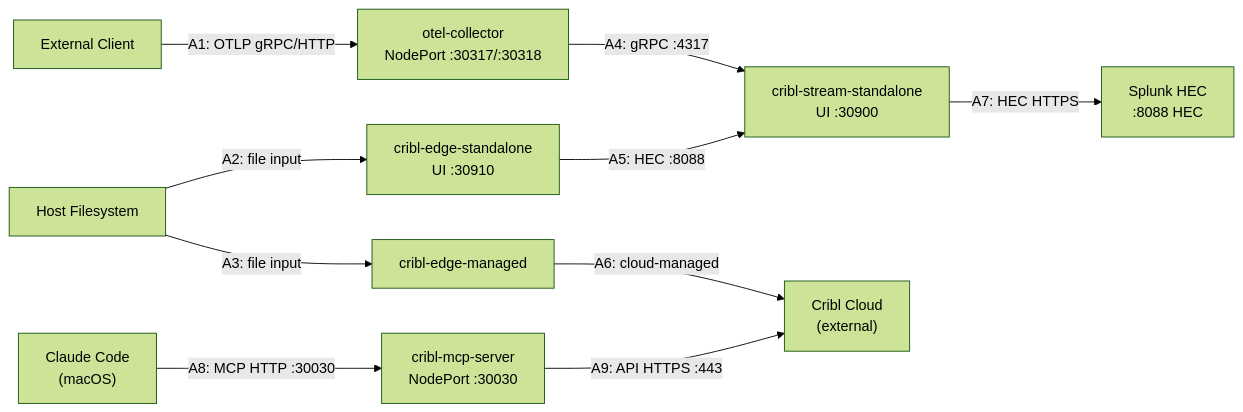
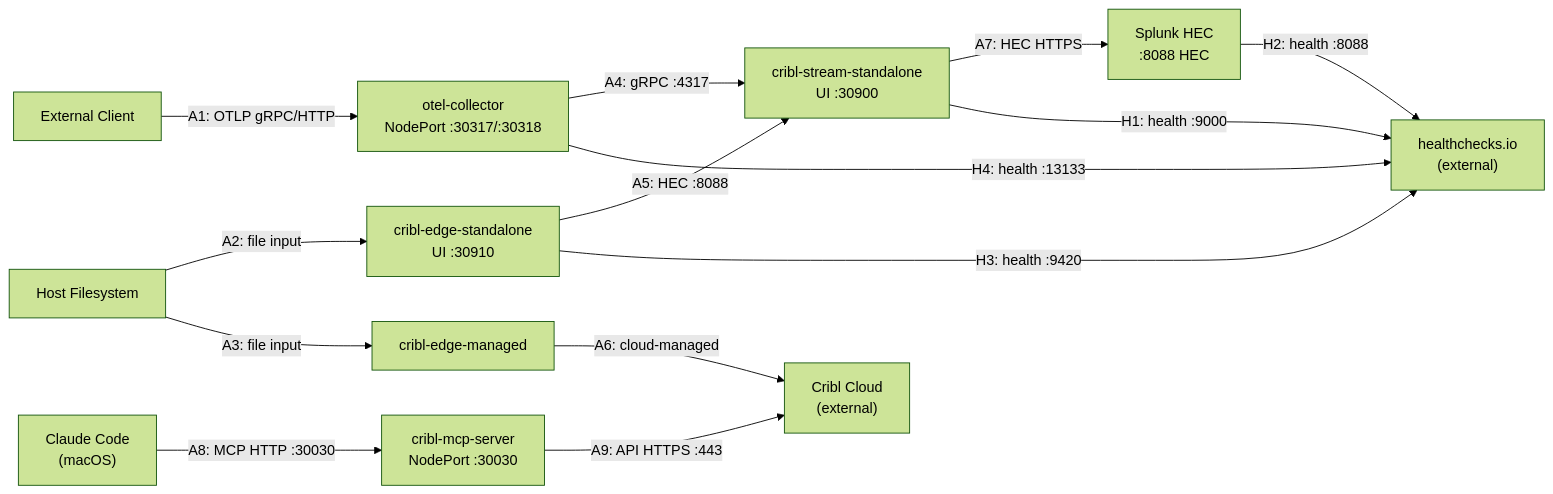
One commit to JacobPEvans/kubernetes-monitoring changed the diagram in docs/ARCHITECTURE.md. Above: the diagram before and after it, drawn with Mermaid (forest theme). The commit also changed other lines of this file and 16 other files, not shown here.

````diff
--- a/docs/ARCHITECTURE.md
+++ b/docs/ARCHITECTURE.md
@@ -5,23 +5,28 @@
 ```mermaid
 flowchart LR
     Client[External Client]
     HostFS[Host Filesystem]
     OtelCollector["otel-collector\nNodePort :30317/:30318"]
     EdgeStandalone["cribl-edge-standalone\nUI :30910"]
     EdgeManaged[cribl-edge-managed]
     StreamStandalone["cribl-stream-standalone\nUI :30900"]
     SplunkHEC["Splunk HEC\n:8088 HEC"]
     CriblCloud["Cribl Cloud\n(external)"]
     McpServer["cribl-mcp-server\nNodePort :30030"]
     ClaudeCode["Claude Code\n(macOS)"]
+    HCio["healthchecks.io\n(external)"]
 
     Client -->|"A1: OTLP gRPC/HTTP"| OtelCollector
     HostFS -->|"A2: file input"| EdgeStandalone
     HostFS -->|"A3: file input"| EdgeManaged
     OtelCollector -->|"A4: gRPC :4317"| StreamStandalone
     EdgeStandalone -->|"A5: HEC :8088"| StreamStandalone
     EdgeManaged -->|"A6: cloud-managed"| CriblCloud
     StreamStandalone -->|"A7: HEC HTTPS"| SplunkHEC
     ClaudeCode -->|"A8: MCP HTTP :30030"| McpServer
     McpServer -->|"A9: API HTTPS :443"| CriblCloud
+    StreamStandalone -->|"H1: health :9000"| HCio
+    SplunkHEC -->|"H2: health :8088"| HCio
+    EdgeStandalone -->|"H3: health :9420"| HCio
+    OtelCollector -->|"H4: health :13133"| HCio
 ```
````
